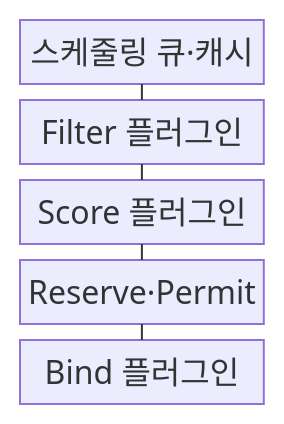
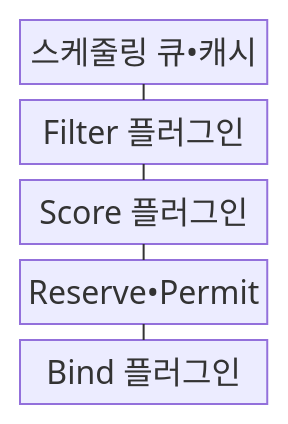
One commit to agnusdei1207/knowledge-base changed the first of 2 diagrams in src/content/docs/notes/03-software/154_kubernetes_pod_scheduling.md. Above: the diagram before and after it, drawn with Mermaid. The commit also changed other lines of this file and 953 other files, not shown here.

````diff
--- a/src/content/docs/notes/03-software/154_kubernetes_pod_scheduling.md
+++ b/src/content/docs/notes/03-software/154_kubernetes_pod_scheduling.md
@@ -67,13 +67,13 @@
 ```mermaid
 block
     columns 1
-    A["스케줄링 큐·캐시"]
+    A["스케줄링 큐•캐시"]
     B["Filter 플러그인"]
     C["Score 플러그인"]
-    D["Reserve·Permit"]
+    D["Reserve•Permit"]
     E["Bind 플러그인"]
     A --- B
     B --- C
     C --- D
     D --- E
 ```
````
